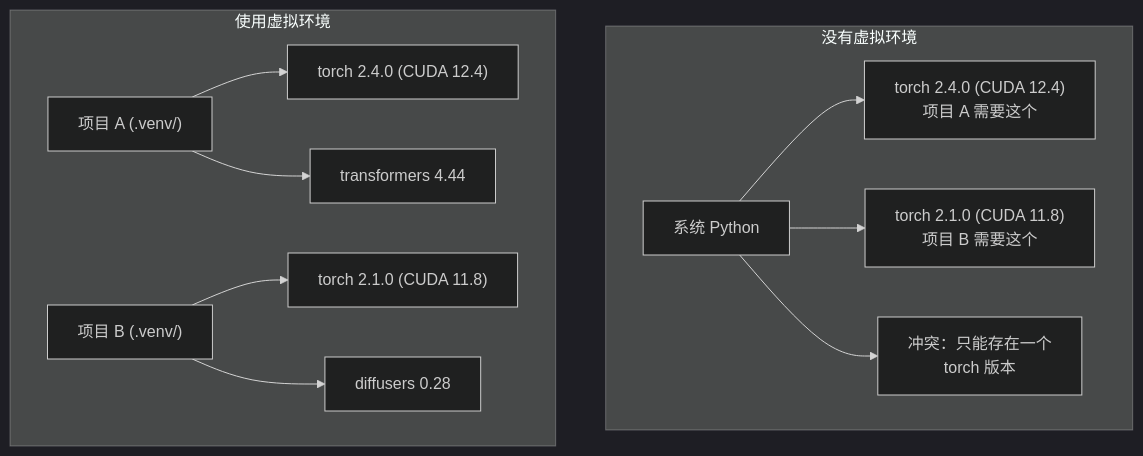
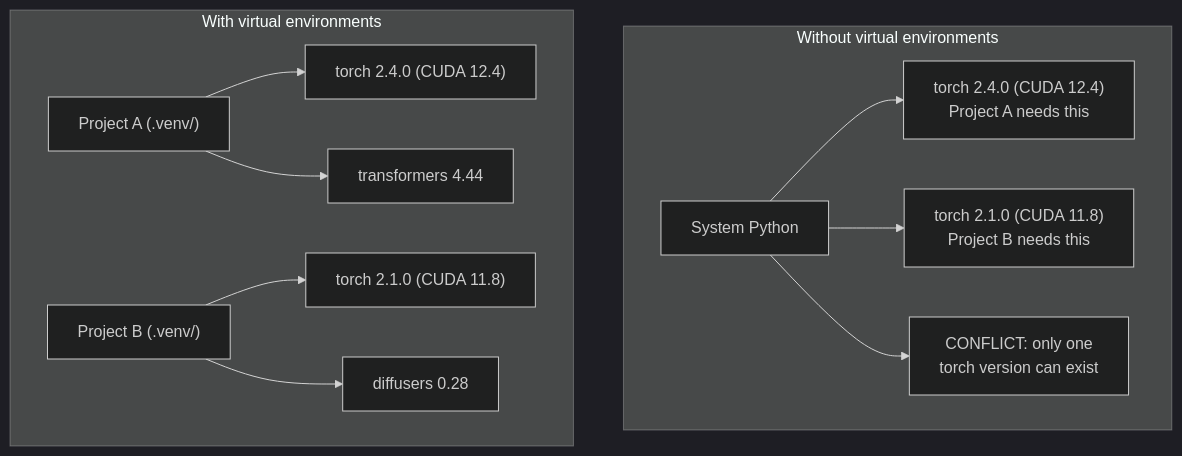
One commit to omigaZen/ai-engineering-from-scratch changed the diagram in phases/00-setup-and-tooling/06-python-environments/docs/zh.md. Above: the diagram before and after it, drawn with Mermaid (dark theme). The commit also changed other lines of this file and 32 other files, not shown here.

````diff
--- a/phases/00-setup-and-tooling/06-python-environments/docs/zh.md
+++ b/phases/00-setup-and-tooling/06-python-environments/docs/zh.md
@@ -32,15 +32,15 @@
 ```mermaid
 graph TD
-    subgraph without["没有虚拟环境"]
-        SP[系统 Python] --> T24["torch 2.4.0 (CUDA 12.4)\n项目 A 需要这个"]
-        SP --> T21["torch 2.1.0 (CUDA 11.8)\n项目 B 需要这个"]
-        SP --> CONFLICT["冲突：只能存在一个\ntorch 版本"]
+    subgraph without["Without virtual environments"]
+        SP[System Python] --> T24["torch 2.4.0 (CUDA 12.4)\nProject A needs this"]
+        SP --> T21["torch 2.1.0 (CUDA 11.8)\nProject B needs this"]
+        SP --> CONFLICT["CONFLICT: only one\ntorch version can exist"]
     end
 
-    subgraph with["使用虚拟环境"]
-        PA["项目 A (.venv/)"] --> PA1["torch 2.4.0 (CUDA 12.4)"]
+    subgraph with["With virtual environments"]
+        PA["Project A (.venv/)"] --> PA1["torch 2.4.0 (CUDA 12.4)"]
         PA --> PA2["transformers 4.44"]
-        PB["项目 B (.venv/)"] --> PB1["torch 2.1.0 (CUDA 11.8)"]
+        PB["Project B (.venv/)"] --> PB1["torch 2.1.0 (CUDA 11.8)"]
         PB --> PB2["diffusers 0.28"]
     end
 ```
````
